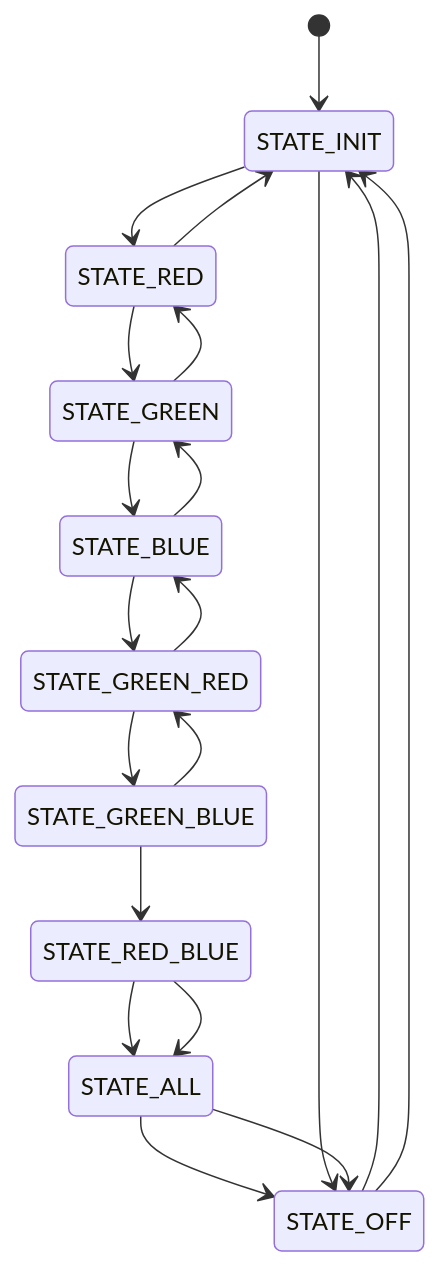
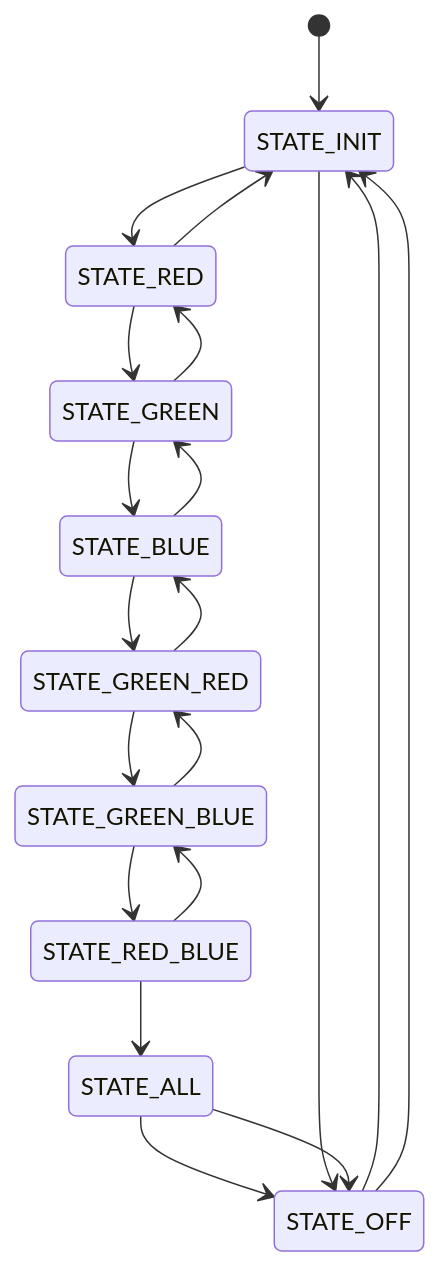
Before and after one commit to AngelMzno/iodraw-files: the diagram in all/Mapa de Estado.md, drawn with Mermaid.

Commit message:
2024-09-03 19:42:32 update

````diff
--- a/all/Mapa de Estado.md
+++ b/all/Mapa de Estado.md
@@ -1,28 +1,27 @@
 ```mermaid
 stateDiagram-v2
 [*]-->STATE_INIT
 STATE_INIT --> STATE_RED
 STATE_RED --> STATE_GREEN
 STATE_GREEN-->STATE_BLUE
 STATE_BLUE -->STATE_GREEN_RED
 STATE_GREEN_RED -->STATE_GREEN_BLUE
 STATE_GREEN_BLUE-->STATE_RED_BLUE
 STATE_RED_BLUE-->STATE_ALL
 STATE_ALL-->STATE_OFF
 STATE_OFF-->STATE_INIT
 
 [*]STATE_INIT
 STATE_INIT --> STATE_OFF
 STATE_RED --> STATE_INIT
 STATE_GREEN-->STATE_RED
 STATE_BLUE -->STATE_GREEN
 STATE_GREEN_RED -->STATE_BLUE
 STATE_GREEN_BLUE-->STATE_GREEN_RED
-
-STATE_RED_BLUE-->STATE_ALL
+STATE_RED_BLUE-->STATE_GREEN_BLUE
 STATE_ALL-->STATE_OFF
 STATE_OFF-->STATE_INIT
 
 
 
 ```
````
